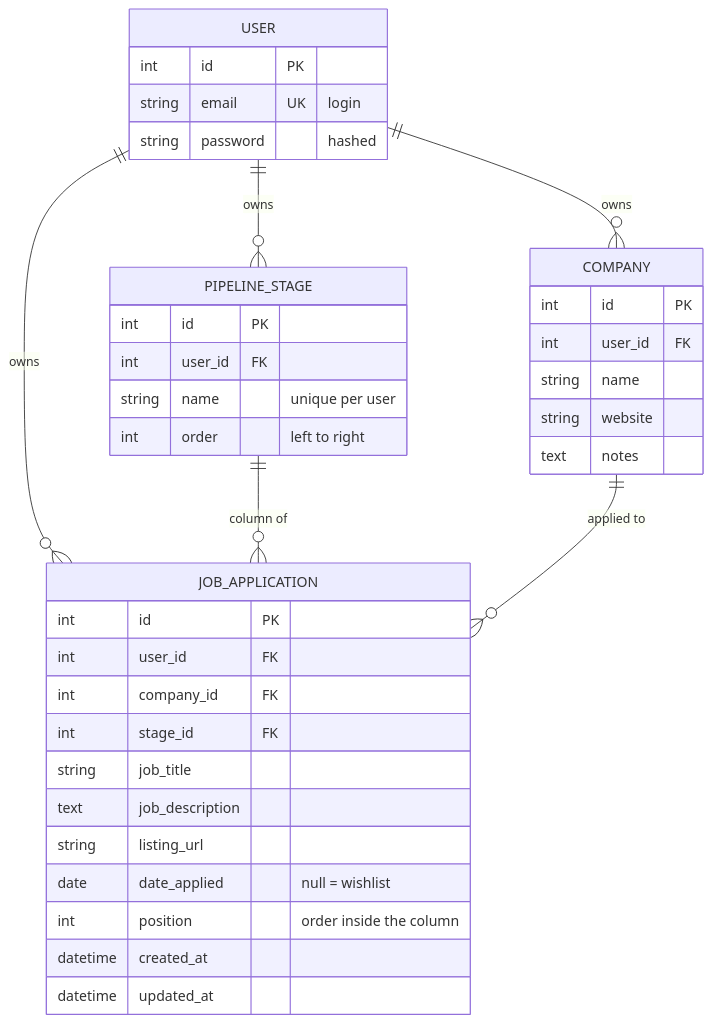
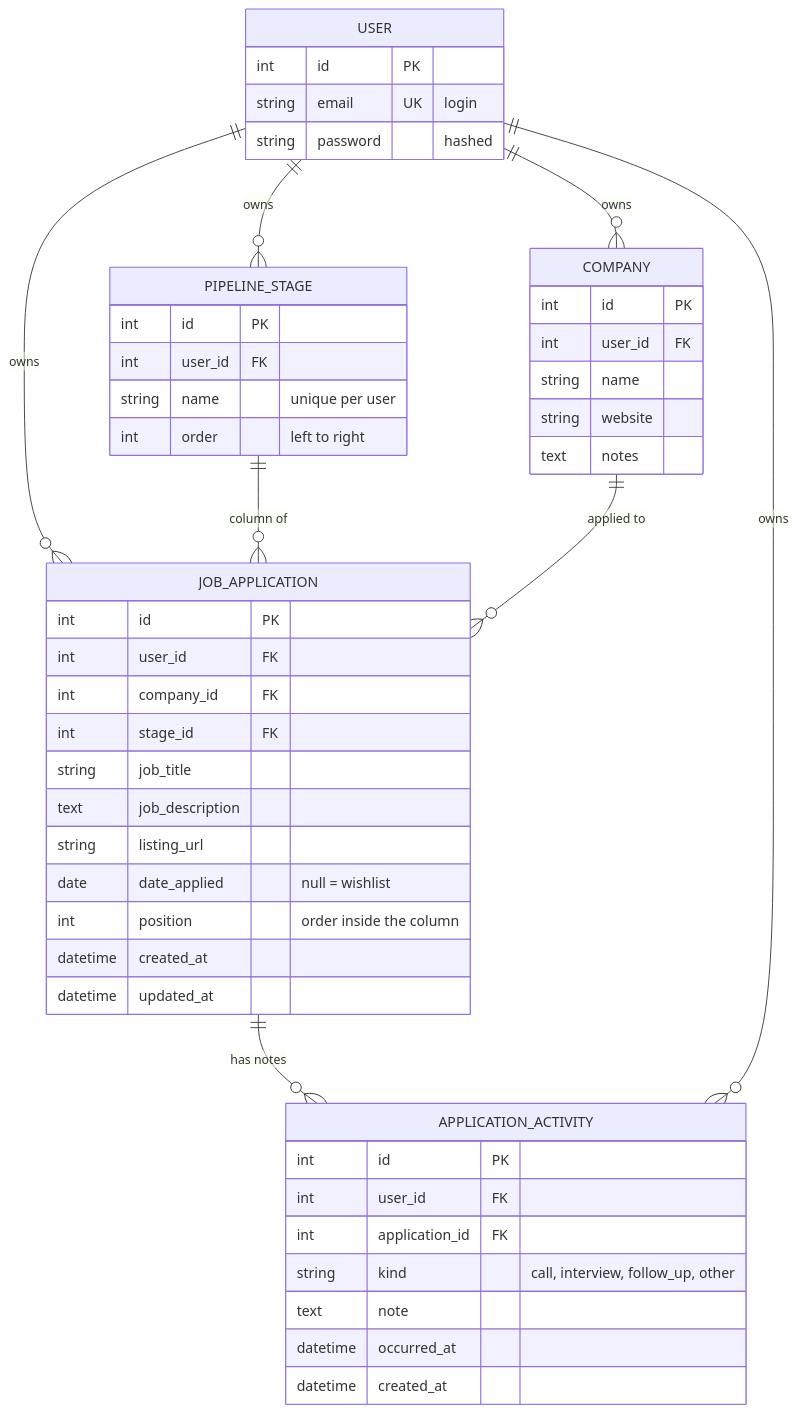
One commit to Ervzs/CareerPipeline changed the second of 2 diagrams in README.md. Above: the diagram before and after it, drawn with Mermaid. The commit also changed other lines of this file, not shown here.

````diff
--- a/README.md
+++ b/README.md
@@ -59,40 +65,51 @@
 ```mermaid
 erDiagram
     USER ||--o{ PIPELINE_STAGE : owns
     USER ||--o{ COMPANY : owns
     USER ||--o{ JOB_APPLICATION : owns
     PIPELINE_STAGE ||--o{ JOB_APPLICATION : "column of"
     COMPANY ||--o{ JOB_APPLICATION : "applied to"
+    JOB_APPLICATION ||--o{ APPLICATION_ACTIVITY : "has notes"
+    USER ||--o{ APPLICATION_ACTIVITY : owns
 
     USER {
         int id PK
         string email UK "login"
         string password "hashed"
     }
     PIPELINE_STAGE {
         int id PK
         int user_id FK
         string name "unique per user"
         int order "left to right"
     }
     COMPANY {
         int id PK
         int user_id FK
         string name
         string website
         text notes
     }
     JOB_APPLICATION {
         int id PK
         int user_id FK
         int company_id FK
         int stage_id FK
         string job_title
         text job_description
         string listing_url
         date date_applied "null = wishlist"
         int position "order inside the column"
         datetime created_at
         datetime updated_at
     }
+    APPLICATION_ACTIVITY {
+        int id PK
+        int user_id FK
+        int application_id FK
+        string kind "call, interview, follow_up, other"
+        text note
+        datetime occurred_at
+        datetime created_at
+    }
 ```
````
